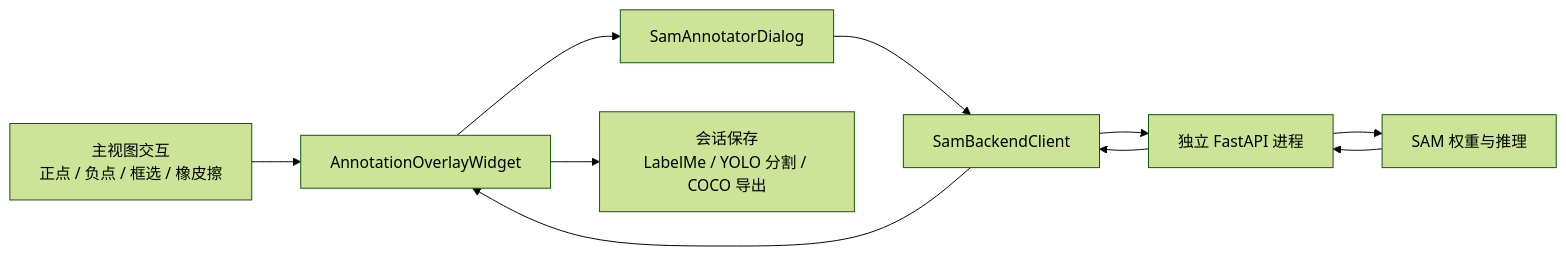
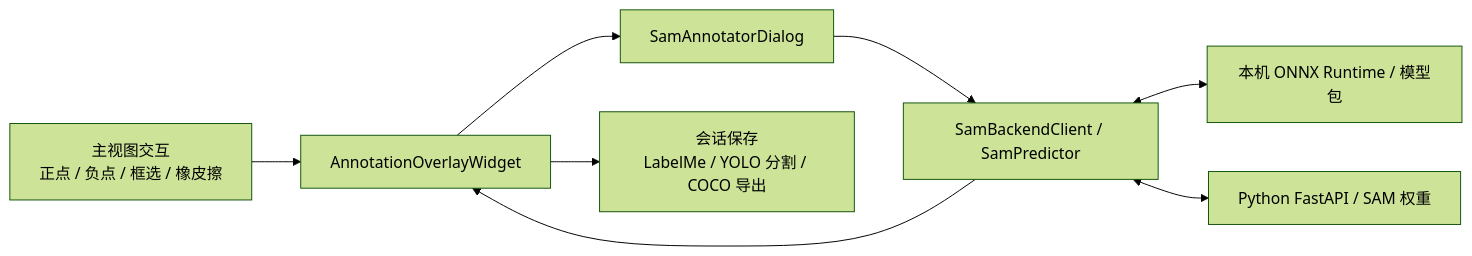
The fourth of 4 diagrams in docs/architecture.md (Bitfultea/DeepLux), drawn with Mermaid (forest theme) before and after one commit. The commit also changed other lines of this file and 3 other files, not shown here.

Commit message:
docs: align SAM guides with native backend and compact UI

````diff
--- a/docs/architecture.md
+++ b/docs/architecture.md
@@ -148,12 +152,10 @@
 ```mermaid
 flowchart LR
     User[主视图交互<br/>正点 / 负点 / 框选 / 橡皮擦] --> Overlay[AnnotationOverlayWidget]
     Overlay --> Dialog[SamAnnotatorDialog]
-    Dialog --> Client[SamBackendClient]
-    Client --> Server[独立 FastAPI 进程]
-    Server --> Model[SAM 权重与推理]
-    Model --> Server
-    Server --> Client
+    Dialog --> Client[SamBackendClient / SamPredictor]
+    Client <--> Native[本机 ONNX Runtime / 模型包]
+    Client <--> Server[Python FastAPI / SAM 权重]
     Client --> Overlay
     Overlay --> Export[会话保存<br/>LabelMe / YOLO 分割 / COCO 导出]
 ```
````
